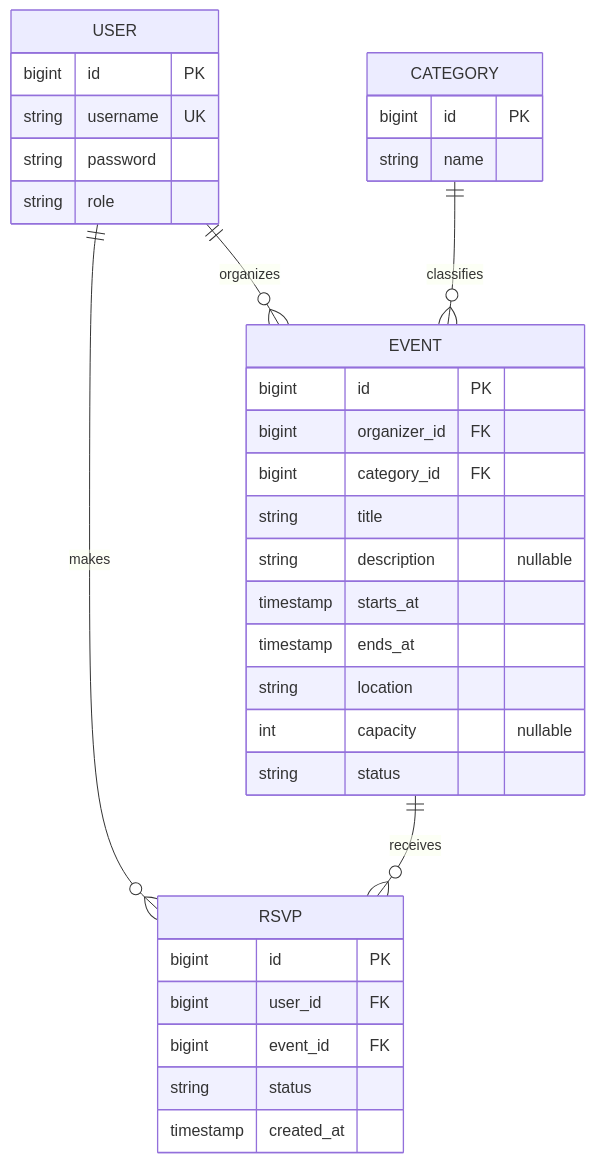
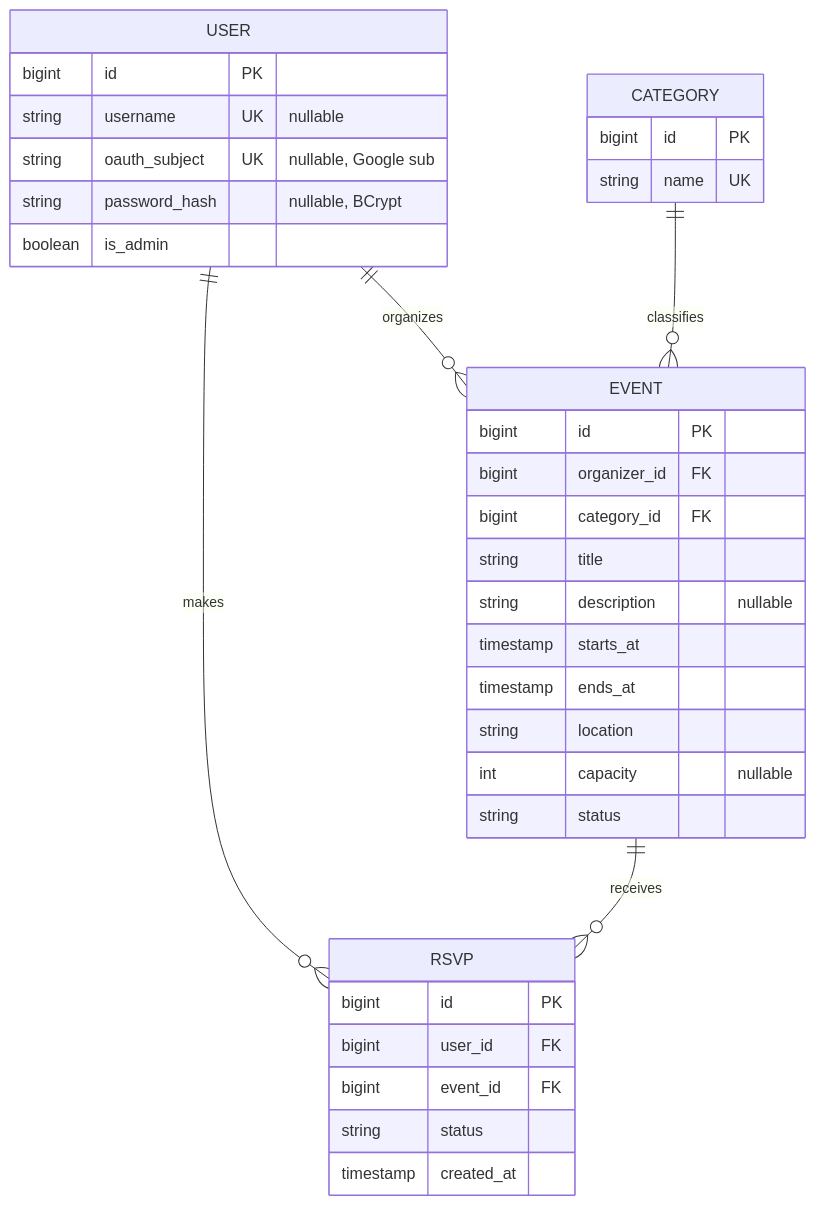
Before and after one commit to Hugo-RM/cst438-project-2: the diagram in docs/proposal.md, drawn with Mermaid. The commit also changed other lines of this file and 2 other files, not shown here.

````diff
--- a/docs/proposal.md
+++ b/docs/proposal.md
@@ -19,36 +23,37 @@
 ```mermaid
 erDiagram
     USER ||--o{ EVENT : organizes
     USER ||--o{ RSVP : makes
     EVENT ||--o{ RSVP : receives
-    CATEGORY ||--o{ EVENT: classifies
+    CATEGORY ||--o{ EVENT : classifies
     USER {
         bigint id PK
-        string username UK
-        string password
-        string role
+        string username UK "nullable"
+        string oauth_subject UK "nullable, Google sub"
+        string password_hash "nullable, BCrypt"
+        boolean is_admin
     }
     CATEGORY {
         bigint id PK
-        string name
+        string name UK
     }
     EVENT {
         bigint id PK
         bigint organizer_id FK
         bigint category_id FK
         string title
         string description "nullable"
         timestamp starts_at
         timestamp ends_at
         string location
         int capacity "nullable"
         string status
     }
-    RSVP{
+    RSVP {
         bigint id PK
         bigint user_id FK
         bigint event_id FK
         string status
         timestamp created_at
     }
 ```
````
